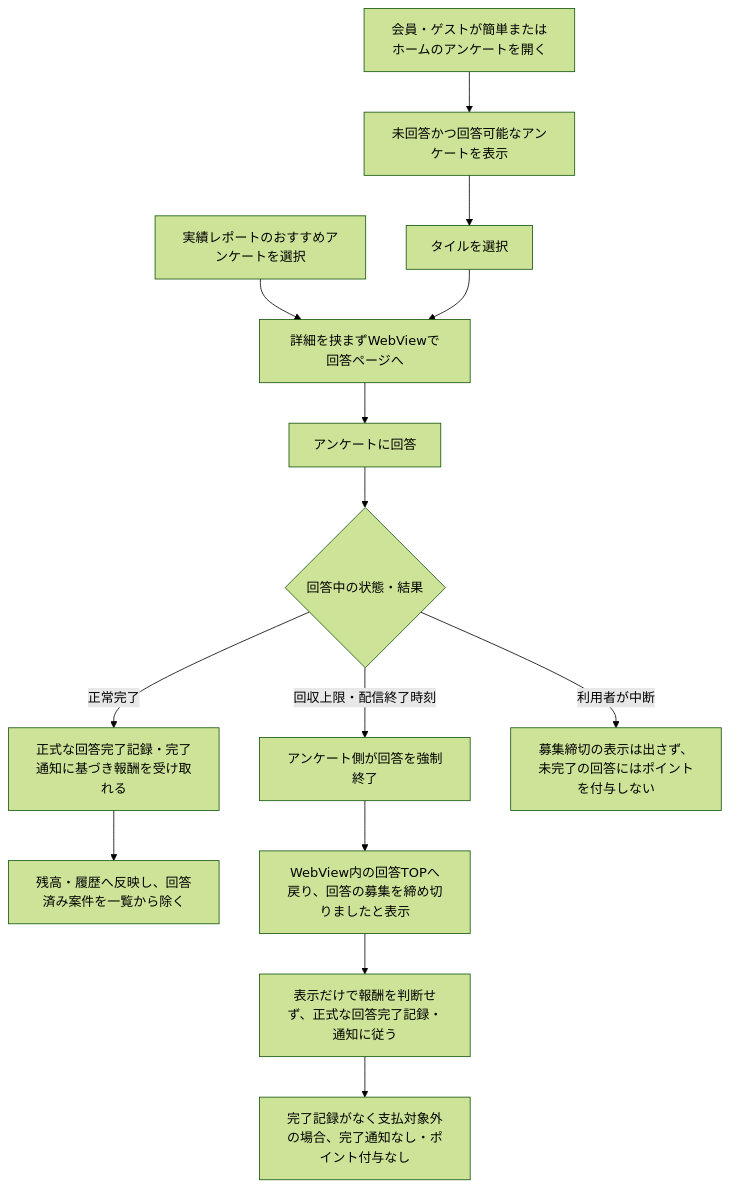
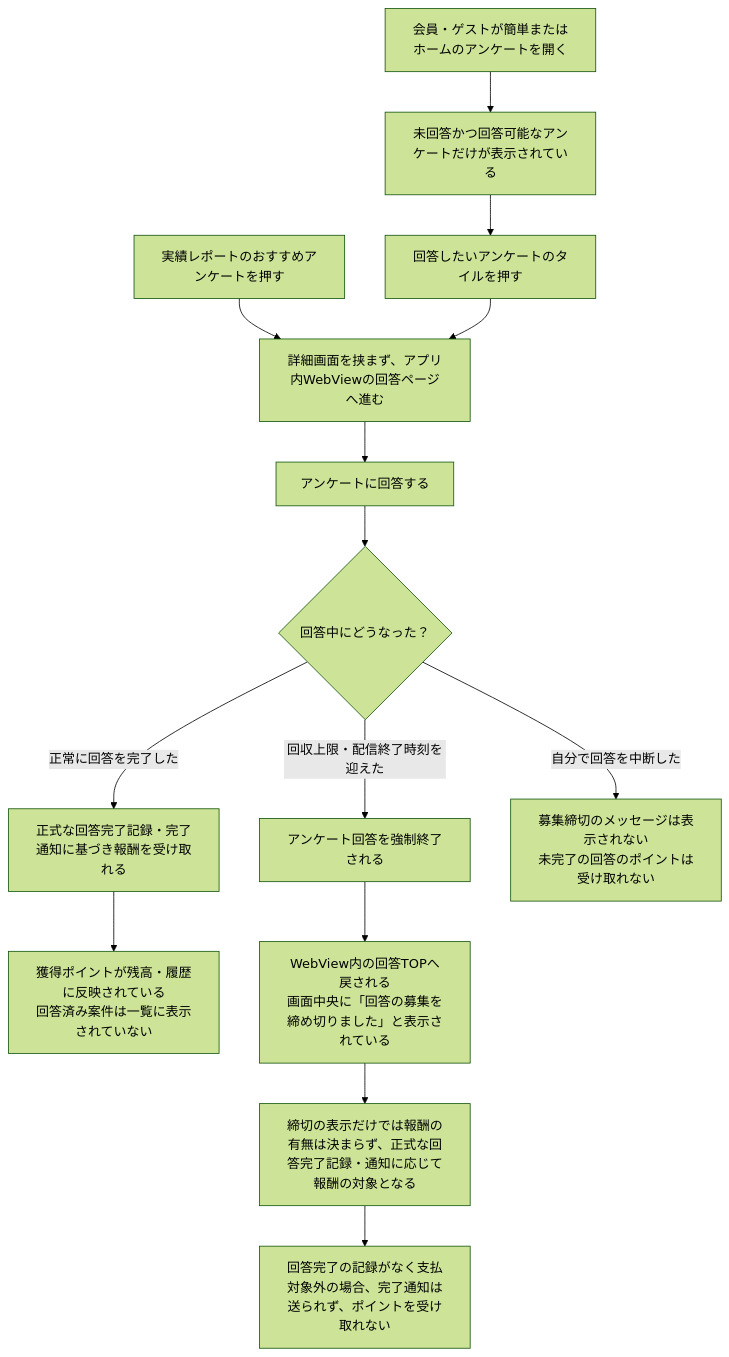
The diagram in docs/prd/features/F10-surveys.md (Min-Thu-Khant/pochipo-mock-en), drawn with Mermaid (forest theme) before and after one commit. The commit also changed other lines of this file, not shown here.

````diff
--- a/docs/prd/features/F10-surveys.md
+++ b/docs/prd/features/F10-surveys.md
@@ -54,16 +54,16 @@
 ```mermaid
 flowchart TD
-  A["会員・ゲストが簡単またはホームのアンケートを開く"] --> B["未回答かつ回答可能なアンケートを表示"]
-  B --> C["タイルを選択"]
-  D["実績レポートのおすすめアンケートを選択"] --> E["詳細を挟まずWebViewで回答ページへ"]
+  A["会員・ゲストが簡単またはホームのアンケートを開く"] --> B["未回答かつ回答可能なアンケートだけが表示されている"]
+  B --> C["回答したいアンケートのタイルを押す"]
+  D["実績レポートのおすすめアンケートを押す"] --> E["詳細画面を挟まず、アプリ内WebViewの回答ページへ進む"]
   C --> E
-  E --> F["アンケートに回答"]
-  F --> G{"回答中の状態・結果"}
-  G -->|正常完了| H["正式な回答完了記録・完了通知に基づき報酬を受け取れる"]
-  H --> I["残高・履歴へ反映し、回答済み案件を一覧から除く"]
-  G -->|回収上限・配信終了時刻| J["アンケート側が回答を強制終了"]
-  J --> K["WebView内の回答TOPへ戻り、回答の募集を締め切りましたと表示"]
-  K --> L["表示だけで報酬を判断せず、正式な回答完了記録・通知に従う"]
-  L --> M["完了記録がなく支払対象外の場合、完了通知なし・ポイント付与なし"]
-  G -->|利用者が中断| N["募集締切の表示は出さず、未完了の回答にはポイントを付与しない"]
+  E --> F["アンケートに回答する"]
+  F --> G{"回答中にどうなった？"}
+  G -->|正常に回答を完了した| H["正式な回答完了記録・完了通知に基づき報酬を受け取れる"]
+  H --> I["獲得ポイントが残高・履歴に反映されている<br/>回答済み案件は一覧に表示されていない"]
+  G -->|回収上限・配信終了時刻を迎えた| J["アンケート回答を強制終了される"]
+  J --> K["WebView内の回答TOPへ戻される<br/>画面中央に「回答の募集を締め切りました」と表示されている"]
+  K --> L["締切の表示だけでは報酬の有無は決まらず、正式な回答完了記録・通知に応じて報酬の対象となる"]
+  L --> M["回答完了の記録がなく支払対象外の場合、完了通知は送られず、ポイントを受け取れない"]
+  G -->|自分で回答を中断した| N["募集締切のメッセージは表示されない<br/>未完了の回答のポイントは受け取れない"]
 ```
````
